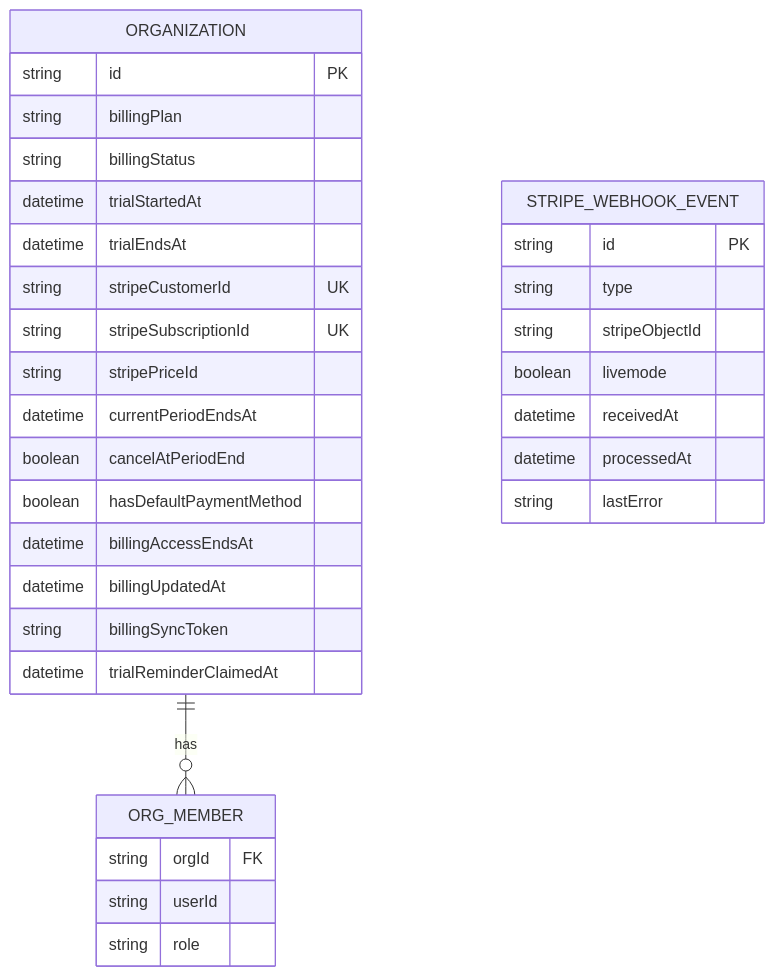
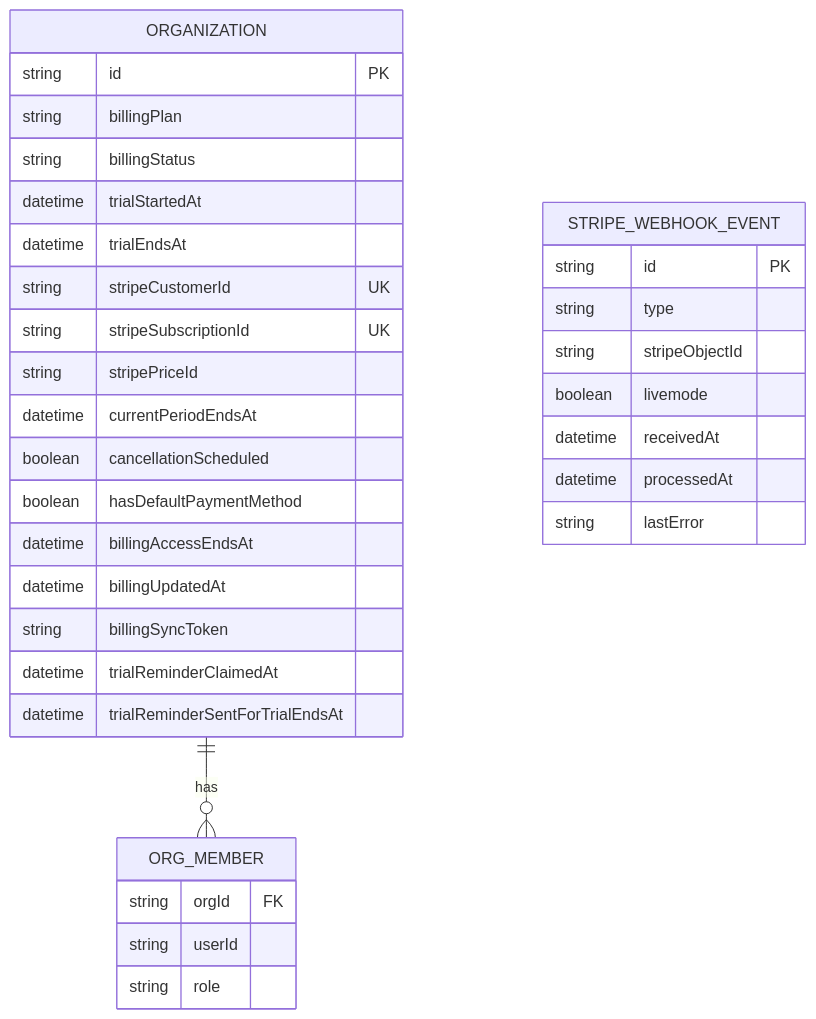
The third of 14 diagrams in apps/backend/docs/cloud-billing-stripe.md (DavisTownsend/nao), drawn with Mermaid before and after one commit. The commit also changed other lines of this file and 22 other files, not shown here.

````diff
--- a/apps/backend/docs/cloud-billing-stripe.md
+++ b/apps/backend/docs/cloud-billing-stripe.md
@@ -237,38 +238,39 @@
 ```mermaid
 erDiagram
     ORGANIZATION ||--o{ ORG_MEMBER : has
 
     ORGANIZATION {
         string id PK
         string billingPlan
         string billingStatus
         datetime trialStartedAt
         datetime trialEndsAt
         string stripeCustomerId UK
         string stripeSubscriptionId UK
         string stripePriceId
         datetime currentPeriodEndsAt
-        boolean cancelAtPeriodEnd
+        boolean cancellationScheduled
         boolean hasDefaultPaymentMethod
         datetime billingAccessEndsAt
         datetime billingUpdatedAt
         string billingSyncToken
         datetime trialReminderClaimedAt
+        datetime trialReminderSentForTrialEndsAt
     }
 
     ORG_MEMBER {
         string orgId FK
         string userId
         string role
     }
 
     STRIPE_WEBHOOK_EVENT {
         string id PK
         string type
         string stripeObjectId
         boolean livemode
         datetime receivedAt
         datetime processedAt
         string lastError
     }
 ```
````
